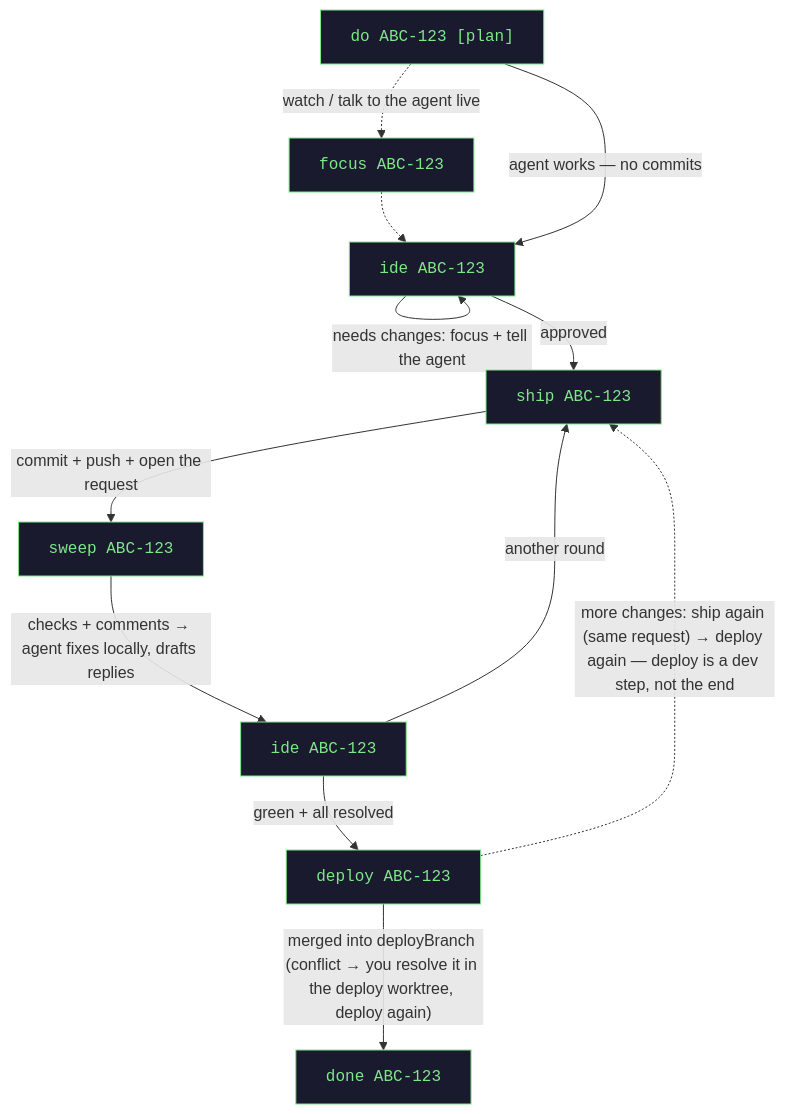
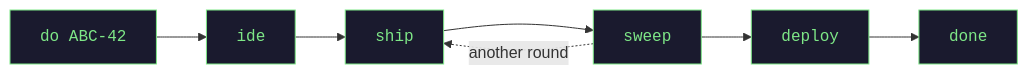
The diagram in README.md (GulDmitry/jagt), drawn with Mermaid before and after one commit. The commit also changed other lines of this file and 7 other files, not shown here.

````diff
--- a/README.md
+++ b/README.md
@@ -227,26 +20,7 @@
 ```mermaid
-flowchart TD
-    DO["do ABC-123 [plan]"]
-    IDE1["ide ABC-123"]
-    SHIP["ship ABC-123"]
-    REVIEW["sweep ABC-123"]
-    IDE2["ide ABC-123"]
-    DEPLOY["deploy ABC-123"]
-    DONE["done ABC-123"]
-
-    FOCUS["focus ABC-123"]
-    DO -.->|"watch / talk to the agent live"| FOCUS
-    FOCUS -.-> IDE1
-    DO -->|"agent works — no commits"| IDE1
-    IDE1 -->|"needs changes: focus + tell the agent"| IDE1
-    IDE1 -->|"approved"| SHIP
-    SHIP -->|"commit + push + open the request"| REVIEW
-    REVIEW -->|"checks + comments → agent fixes locally, drafts replies"| IDE2
-    IDE2 -->|"another round"| SHIP
-    IDE2 -->|"green + all resolved"| DEPLOY
-    DEPLOY -->|"merged into deployBranch (conflict → you resolve it in the deploy worktree, deploy again)"| DONE
-    DEPLOY -.->|"more changes: ship again (same request) → deploy again — deploy is a dev step, not the end"| SHIP
-
-    classDef cmd font-family:monospace,fill:#1a1a2e,color:#7ee787,stroke:#7ee787;
-    class DO,FOCUS,IDE1,SHIP,REVIEW,IDE2,DEPLOY,DONE cmd;
+flowchart LR
+    DO["do ABC-42"] --> IDE["ide"] --> SHIP["ship"] --> SWEEP["sweep"] --> DEPLOY["deploy"] --> DONE["done"]
+    SWEEP -.->|"another round"| SHIP
+    classDef c font-family:monospace,fill:#1a1a2e,color:#7ee787,stroke:#7ee787;
+    class DO,IDE,SHIP,SWEEP,DEPLOY,DONE c;
 ```
````
